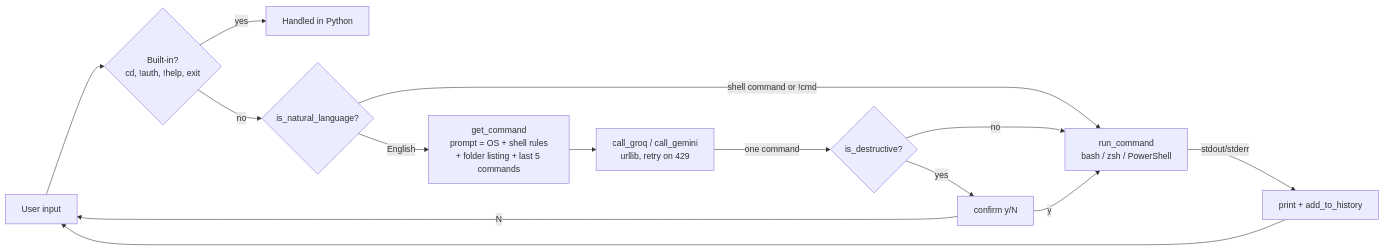
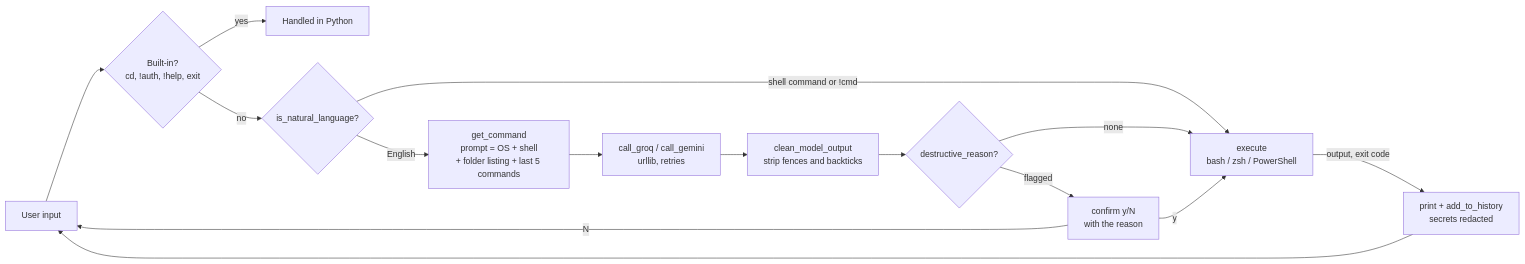
Before and after one commit to muhib-karim/OpenSH: the diagram in README.md, drawn with Mermaid. The commit also changed other lines of this file and 16 other files, not shown here.

````diff
--- a/README.md
+++ b/README.md
@@ -129,16 +178,17 @@
 ```mermaid
 flowchart LR
   U[User input] --> B{Built-in?<br/>cd, !auth, !help, exit}
   B -->|yes| H[Handled in Python]
   B -->|no| D{is_natural_language?}
-  D -->|shell command or !cmd| S[run_command<br/>bash / zsh / PowerShell]
-  D -->|English| P[get_command<br/>prompt = OS + shell rules<br/>+ folder listing + last 5 commands]
-  P --> L[call_groq / call_gemini<br/>urllib, retry on 429]
-  L -->|one command| G{is_destructive?}
-  G -->|no| S
-  G -->|yes| C[confirm y/N]
+  D -->|shell command or !cmd| S[execute<br/>bash / zsh / PowerShell]
+  D -->|English| P[get_command<br/>prompt = OS + shell<br/>+ folder listing + last 5 commands]
+  P --> L[call_groq / call_gemini<br/>urllib, retries]
+  L --> K[clean_model_output<br/>strip fences and backticks]
+  K --> G{destructive_reason?}
+  G -->|none| S
+  G -->|flagged| C[confirm y/N<br/>with the reason]
   C -->|y| S
   C -->|N| U
-  S -->|stdout/stderr| R[print + add_to_history]
+  S -->|output, exit code| R[print + add_to_history<br/>secrets redacted]
   R --> U
 ```
````
